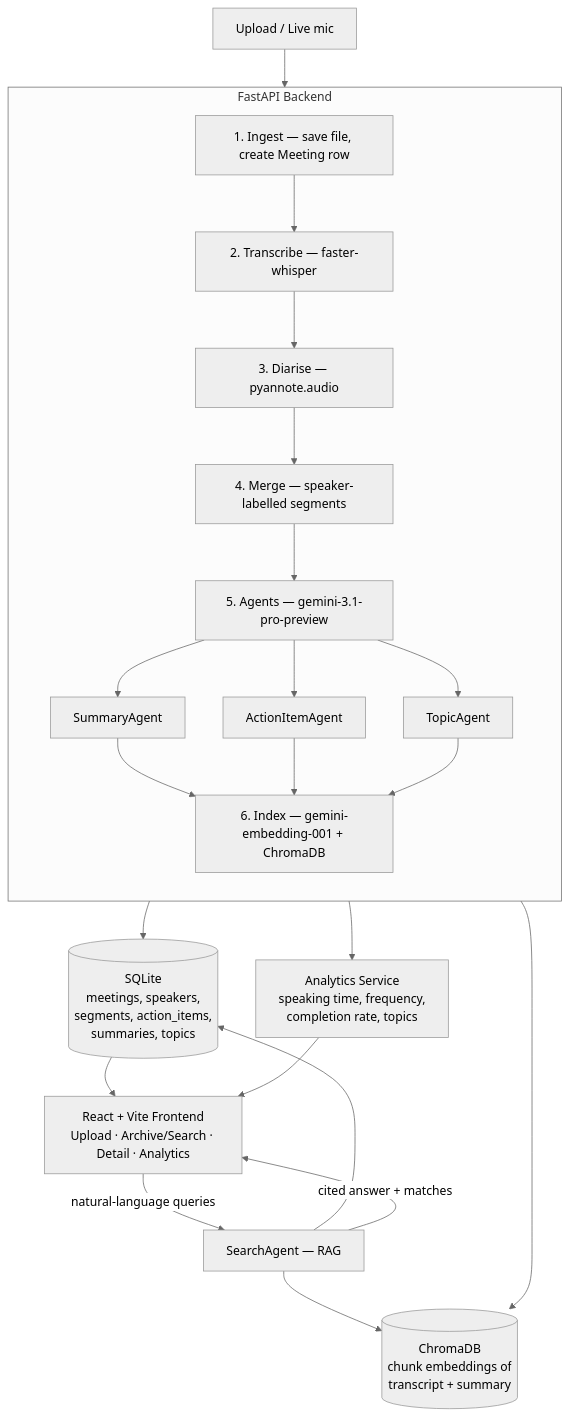
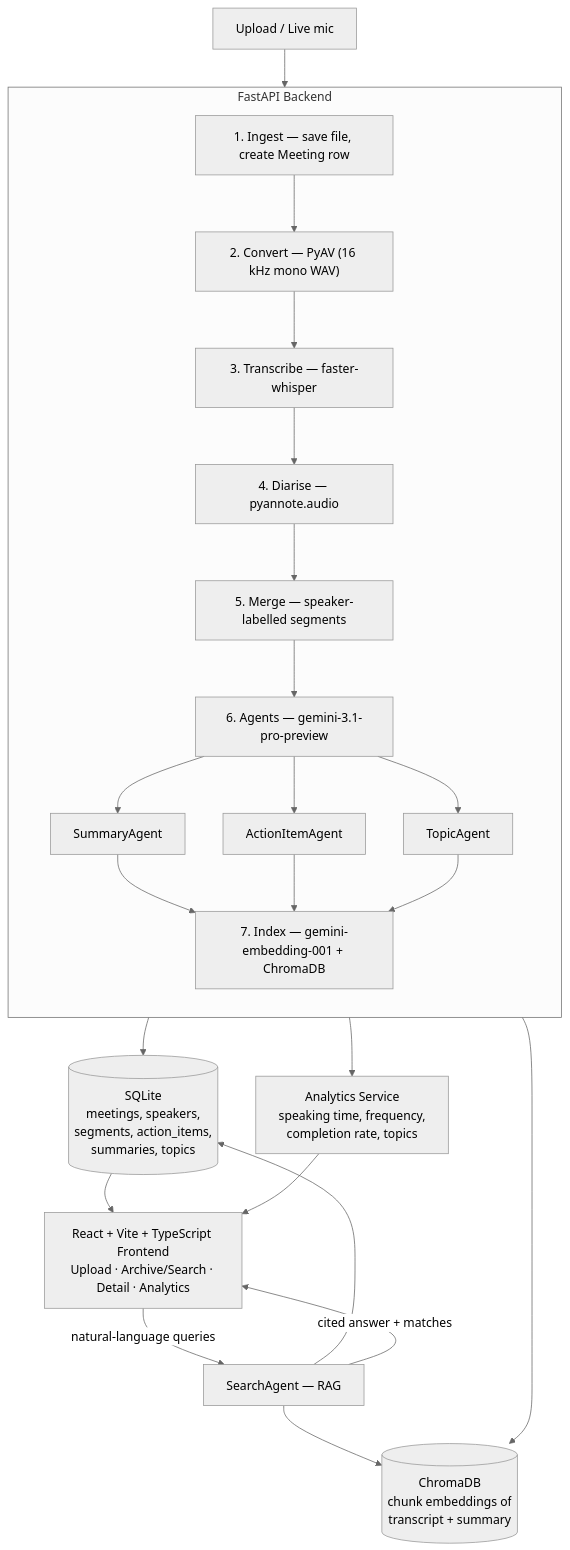
One commit to dibyo10/meeting-intelligence-platform changed the diagram in docs/ARCHITECTURE.md. Above: the diagram before and after it, drawn with Mermaid (neutral theme). The commit also changed other lines of this file and 2 other files, not shown here.

Commit message:
Address Copilot review comments

````diff
--- a/docs/ARCHITECTURE.md
+++ b/docs/ARCHITECTURE.md
@@ -5,39 +5,40 @@
 ```mermaid
 flowchart TD
     Input["Upload / Live mic"]
 
     subgraph Backend["FastAPI Backend"]
         direction TB
-        B1["1. Ingest — save file, create Meeting row"]
-        B2["2. Transcribe — faster-whisper"]
-        B3["3. Diarise — pyannote.audio"]
-        B4["4. Merge — speaker-labelled segments"]
-        B5["5. Agents — gemini-3.1-pro-preview"]
+        B0["1. Ingest — save file, create Meeting row"]
+        B1["2. Convert — PyAV (16 kHz mono WAV)"]
+        B2["3. Transcribe — faster-whisper"]
+        B3["4. Diarise — pyannote.audio"]
+        B4["5. Merge — speaker-labelled segments"]
+        B5["6. Agents — gemini-3.1-pro-preview"]
         B5a["SummaryAgent"]
         B5b["ActionItemAgent"]
         B5c["TopicAgent"]
-        B6["6. Index — gemini-embedding-001 + ChromaDB"]
+        B6["7. Index — gemini-embedding-001 + ChromaDB"]
 
-        B1 --> B2 --> B3 --> B4 --> B5
+        B0 --> B1 --> B2 --> B3 --> B4 --> B5
         B5 --> B5a & B5b & B5c
         B5a & B5b & B5c --> B6
     end
 
-    Input --> B1
+    Input --> B0
 
     SQLite[("SQLite\nmeetings, speakers,\nsegments, action_items,\nsummaries, topics")]
     Chroma[("ChromaDB\nchunk embeddings of\ntranscript + summary")]
     Analytics["Analytics Service\nspeaking time, frequency,\ncompletion rate, topics"]
 
     B6 --> SQLite & Chroma & Analytics
 
     Search["SearchAgent — RAG"]
     Search --> SQLite
     Search --> Chroma
 
-    UI["React + Vite Frontend\nUpload · Archive/Search · Detail · Analytics"]
+    UI["React + Vite + TypeScript Frontend\nUpload · Archive/Search · Detail · Analytics"]
     UI -->|natural-language queries| Search
     Search -->|cited answer + matches| UI
     SQLite --> UI
     Analytics --> UI
 ```
````
